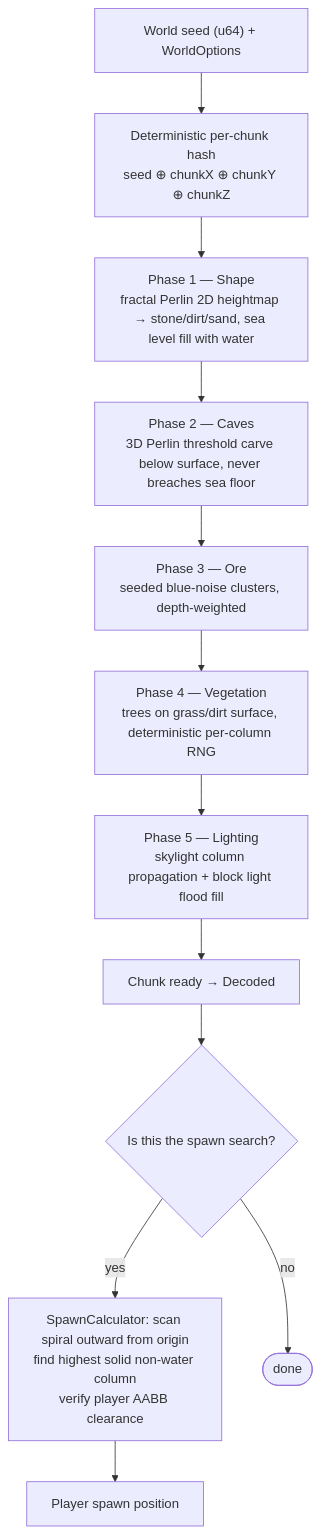
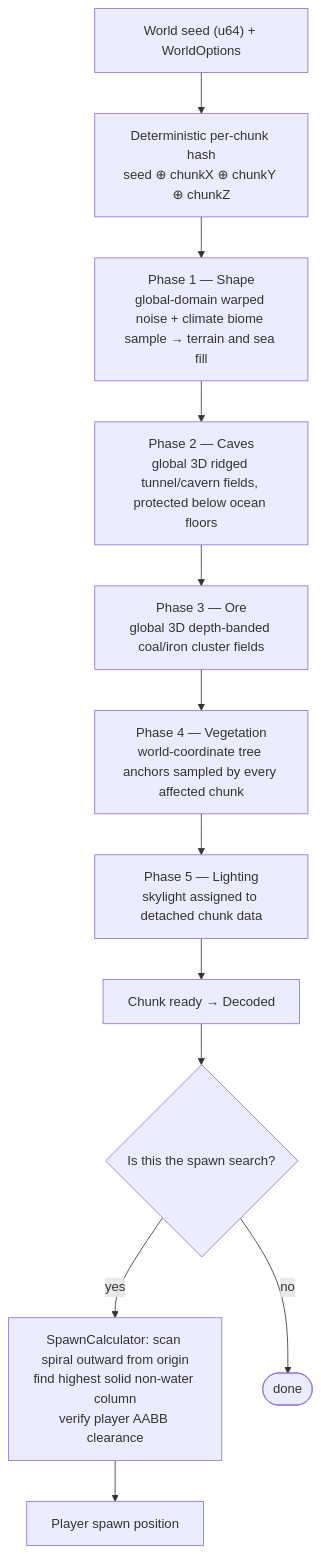
One commit to GoGurtPrime/voxels changed the ninth of 15 diagrams in DIAGRAMS.md. Above: the diagram before and after it, drawn with Mermaid. The commit also changed other lines of this file and 12 other files, not shown here.

First line of the commit message:
Agent: improve deterministic world generation

````diff
--- a/DIAGRAMS.md
+++ b/DIAGRAMS.md
@@ -315,15 +315,15 @@
 ```mermaid
 flowchart TD
     SEED["World seed (u64) + WorldOptions"] --> HASH["Deterministic per-chunk hash<br/>seed ⊕ chunkX ⊕ chunkY ⊕ chunkZ"]
-    HASH --> P1["Phase 1 — Shape<br/>fractal Perlin 2D heightmap → stone/dirt/sand, sea level fill with water"]
-    P1 --> P2["Phase 2 — Caves<br/>3D Perlin threshold carve below surface, never breaches sea floor"]
-    P2 --> P3["Phase 3 — Ore<br/>seeded blue-noise clusters, depth-weighted"]
-    P3 --> P4["Phase 4 — Vegetation<br/>trees on grass/dirt surface, deterministic per-column RNG"]
-    P4 --> P5["Phase 5 — Lighting<br/>skylight column propagation + block light flood fill"]
+    HASH --> P1["Phase 1 — Shape<br/>global-domain warped noise + climate biome sample → terrain and sea fill"]
+    P1 --> P2["Phase 2 — Caves<br/>global 3D ridged tunnel/cavern fields, protected below ocean floors"]
+    P2 --> P3["Phase 3 — Ore<br/>global 3D depth-banded coal/iron cluster fields"]
+    P3 --> P4["Phase 4 — Vegetation<br/>world-coordinate tree anchors sampled by every affected chunk"]
+    P4 --> P5["Phase 5 — Lighting<br/>skylight assigned to detached chunk data"]
     P5 --> DONE["Chunk ready → Decoded"]
 
     DONE --> SPAWN{"Is this the spawn search?"}
     SPAWN -- yes --> SC["SpawnCalculator: scan spiral outward from origin<br/>find highest solid non-water column<br/>verify player AABB clearance"]
     SC --> PLACE["Player spawn position"]
     SPAWN -- no --> IDLE([done])
 ```
````
